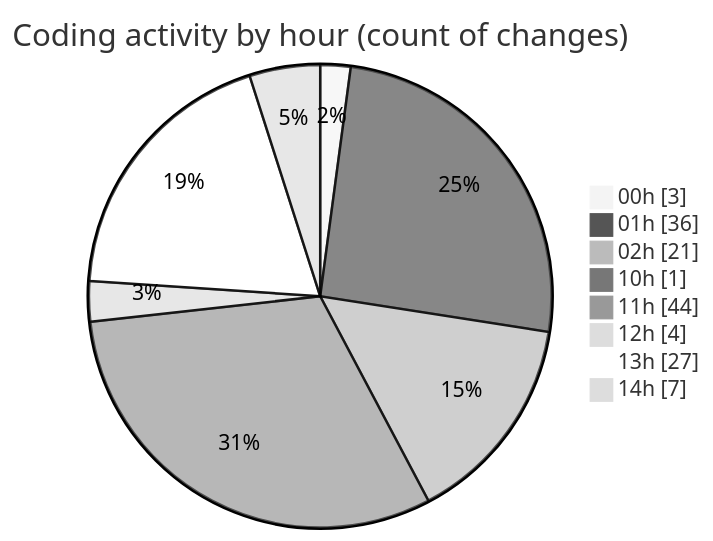
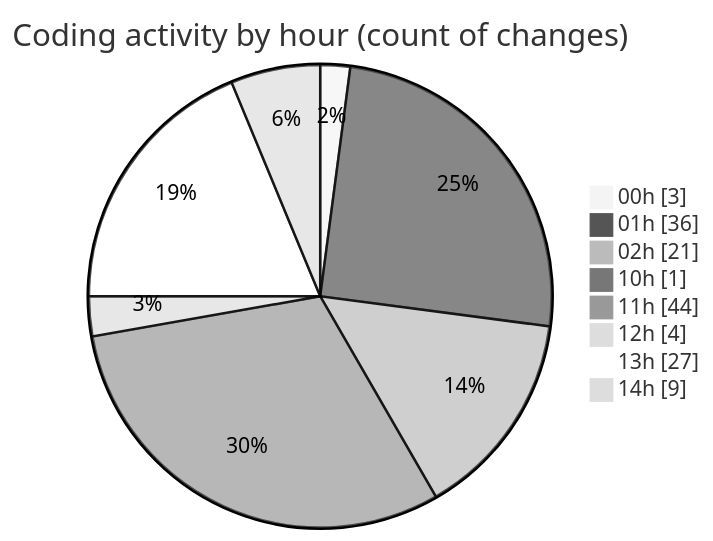
Before and after one commit to lephambinh05/code-tracking: the second of 2 diagrams in 2025-09-05/hiai-phf/README.md, drawn with Mermaid (neutral theme). The commit also changed other lines of this file and 1 other file, not shown here.

````diff
--- a/2025-09-05/hiai-phf/README.md
+++ b/2025-09-05/hiai-phf/README.md
@@ -81,12 +82,12 @@
 ```mermaid
 pie showData
 title Coding activity by hour (count of changes)
 "00h" : 3
 "01h" : 36
 "02h" : 21
 "10h" : 1
 "11h" : 44
 "12h" : 4
 "13h" : 27
-"14h" : 7
+"14h" : 9
 ```
````
